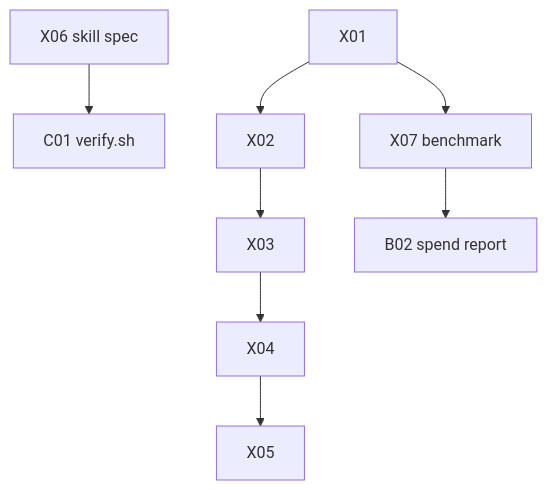
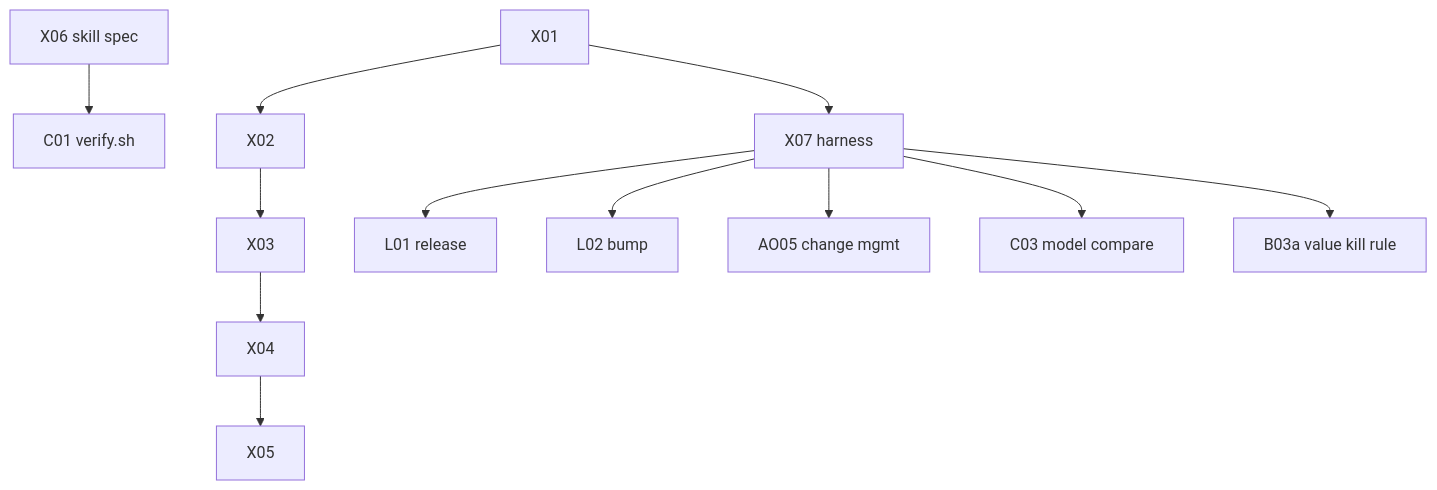
Before and after one commit to svennijhuis/agentic-workflows: the diagram in docs/pbi/testing/00-overview.md, drawn with Mermaid. The commit also changed other lines of this file and 99 other files, not shown here.

````diff
--- a/docs/pbi/testing/00-overview.md
+++ b/docs/pbi/testing/00-overview.md
@@ -17,10 +17,14 @@
 ```mermaid
 flowchart TD
   X06[X06 skill spec] --> C01[C01 verify.sh]
-  X01[X01] --> X07[X07 benchmark]
+  X01[X01] --> X07[X07 harness]
   X01 --> X02[X02]
   X02 --> X03[X03]
   X03 --> X04[X04]
   X04 --> X05[X05]
-  X07 --> B02[B02 spend report]
+  X07 --> L01[L01 release]
+  X07 --> L02[L02 bump]
+  X07 --> AO05[AO05 change mgmt]
+  X07 --> C03[C03 model compare]
+  X07 --> B03a[B03a value kill rule]
 ```
````
